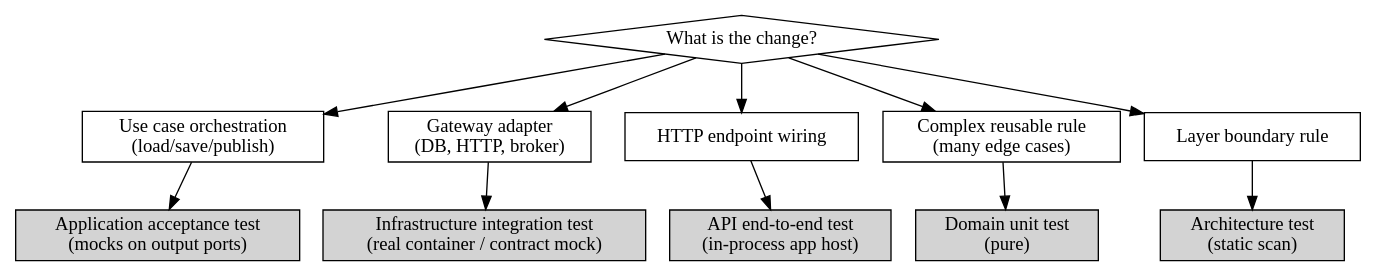
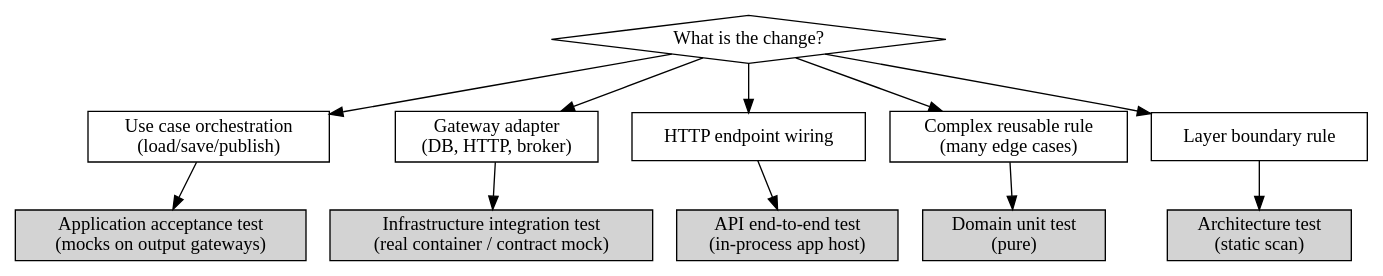
One commit to SebastienDegodez/skraft-plugin changed the diagram in plugins/skills/clean-architecture-testing/SKILL.md. Above: the diagram before and after it, drawn with Graphviz. The commit also changed other lines of this file and 2 other files, not shown here.

First line of the commit message:
fix(clean-architecture-testing): use Gateway instead of hexagonal Port

````diff
--- a/plugins/skills/clean-architecture-testing/SKILL.md
+++ b/plugins/skills/clean-architecture-testing/SKILL.md
@@ -155,26 +155,26 @@
 ```dot
 digraph which_layer {
     "What is the change?" [shape=diamond];
     "Use case orchestration\n(load/save/publish)" [shape=box];
     "Gateway adapter\n(DB, HTTP, broker)" [shape=box];
     "HTTP endpoint wiring" [shape=box];
     "Complex reusable rule\n(many edge cases)" [shape=box];
     "Layer boundary rule" [shape=box];
-    "Application acceptance test\n(mocks on output ports)" [shape=box, style=filled];
+    "Application acceptance test\n(mocks on output gateways)" [shape=box, style=filled];
     "Infrastructure integration test\n(real container / contract mock)" [shape=box, style=filled];
     "API end-to-end test\n(in-process app host)" [shape=box, style=filled];
     "Domain unit test\n(pure)" [shape=box, style=filled];
     "Architecture test\n(static scan)" [shape=box, style=filled];
 
     "What is the change?" -> "Use case orchestration\n(load/save/publish)";
     "What is the change?" -> "Gateway adapter\n(DB, HTTP, broker)";
     "What is the change?" -> "HTTP endpoint wiring";
     "What is the change?" -> "Complex reusable rule\n(many edge cases)";
     "What is the change?" -> "Layer boundary rule";
-    "Use case orchestration\n(load/save/publish)" -> "Application acceptance test\n(mocks on output ports)";
+    "Use case orchestration\n(load/save/publish)" -> "Application acceptance test\n(mocks on output gateways)";
     "Gateway adapter\n(DB, HTTP, broker)" -> "Infrastructure integration test\n(real container / contract mock)";
     "HTTP endpoint wiring" -> "API end-to-end test\n(in-process app host)";
     "Complex reusable rule\n(many edge cases)" -> "Domain unit test\n(pure)";
     "Layer boundary rule" -> "Architecture test\n(static scan)";
 }
 ```
````
